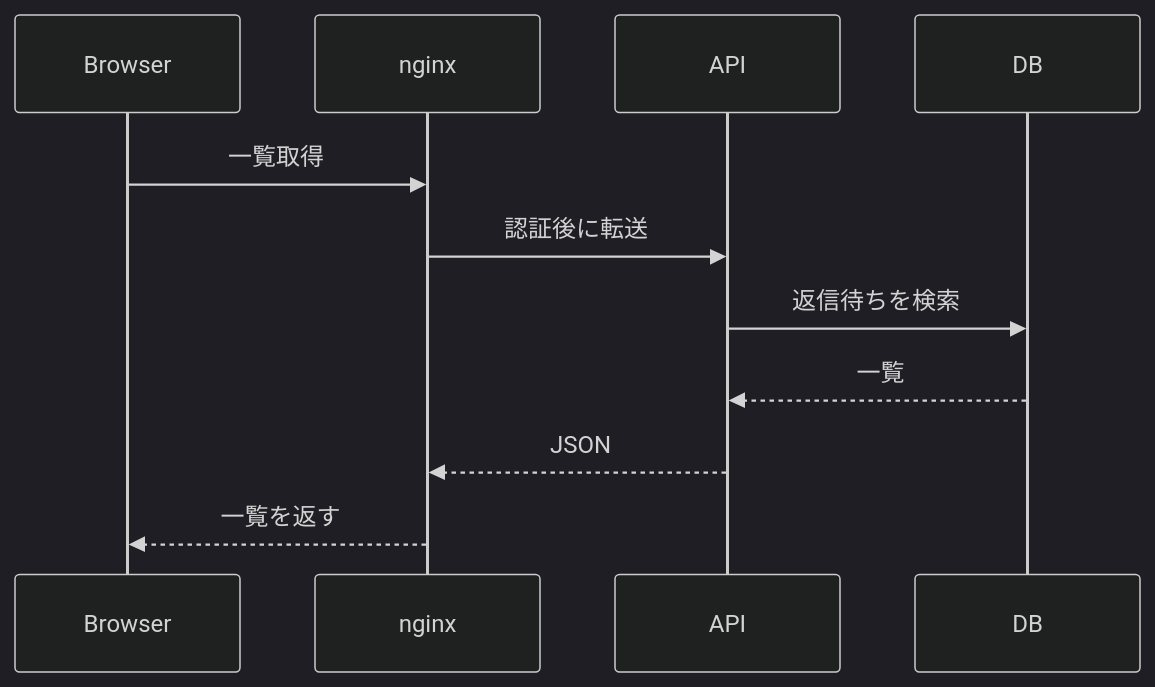
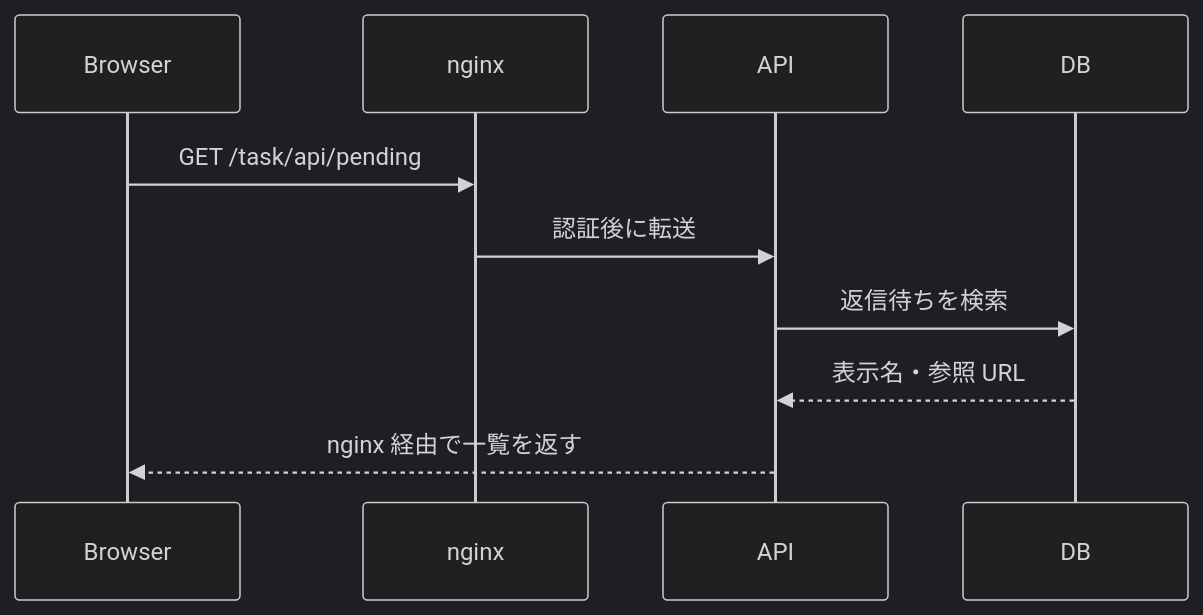
Before and after one commit to nishimura-yuma77/preview: the first of 4 diagrams in reply-watch/docs/spec/features/reply-tracking/API.md, drawn with Mermaid (dark theme). The commit also changed other lines of this file and 7 other files, not shown here.

````diff
--- a/reply-watch/docs/spec/features/reply-tracking/API.md
+++ b/reply-watch/docs/spec/features/reply-tracking/API.md
@@ -25,9 +17,8 @@
 ```mermaid
 sequenceDiagram
-    Browser->>nginx: 一覧取得
+    Browser->>nginx: GET /task/api/pending
     nginx->>API: 認証後に転送
     API->>DB: 返信待ちを検索
-    DB-->>API: 一覧
-    API-->>nginx: JSON
-    nginx-->>Browser: 一覧を返す
+    DB-->>API: 表示名・参照 URL
+    API-->>Browser: nginx 経由で一覧を返す
 ```
````
